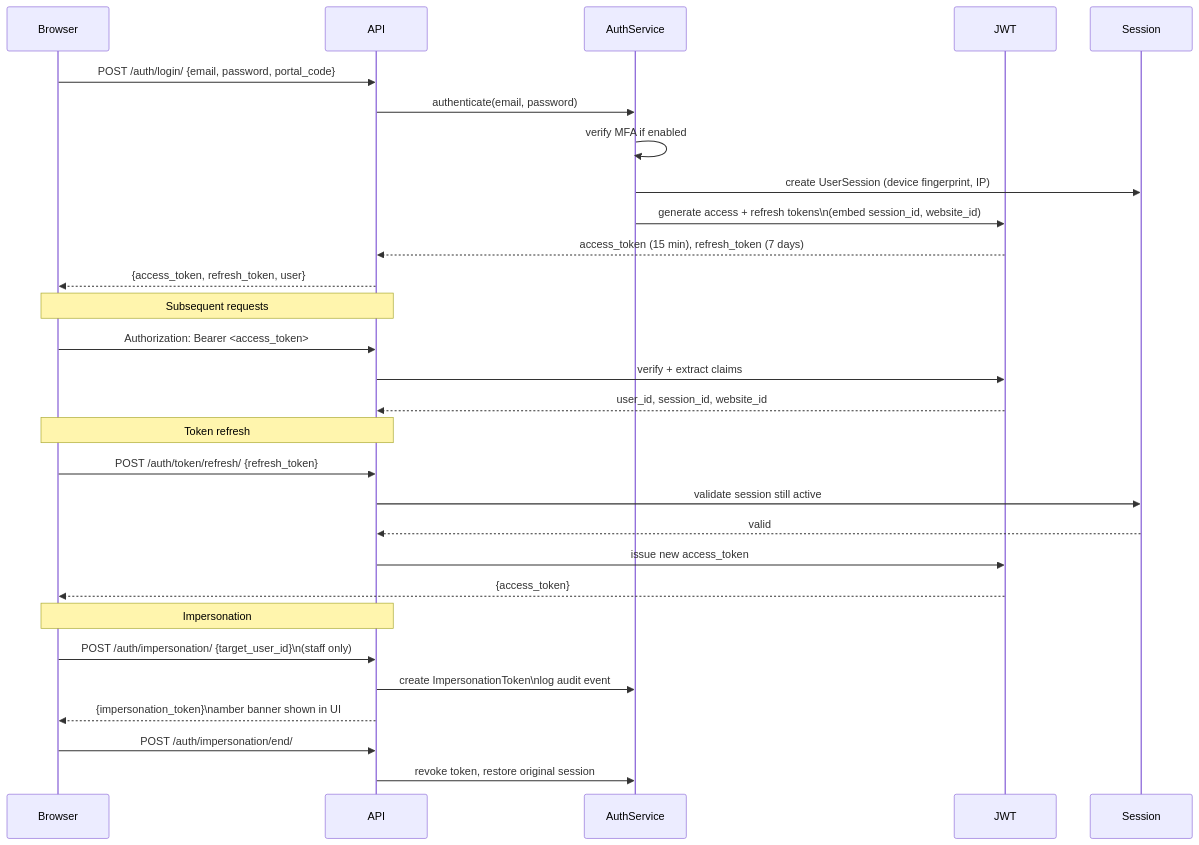
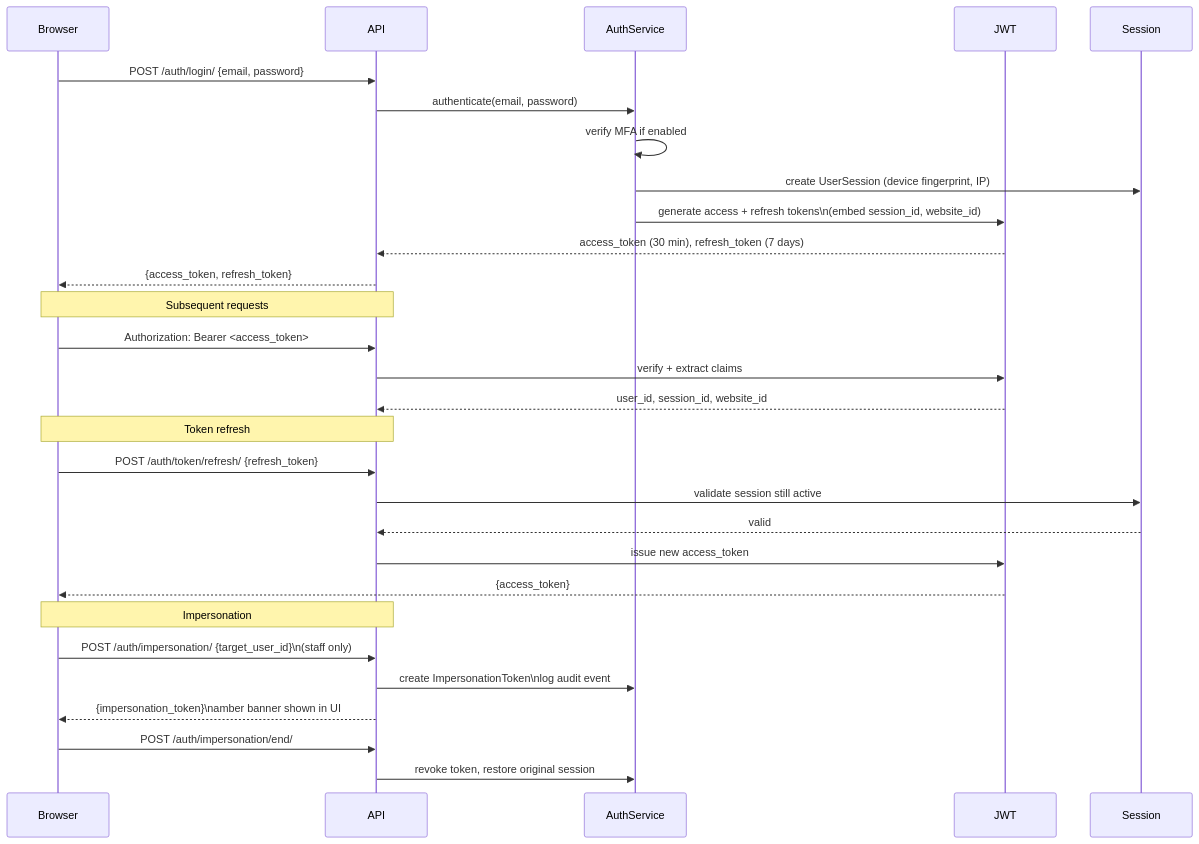
The ninth of 14 diagrams in docs/ARCHITECTURE.md (StuffMaster78/Acad-system-debug), drawn with Mermaid before and after one commit. The commit also changed other lines of this file and 6 other files, not shown here.

````diff
--- a/docs/ARCHITECTURE.md
+++ b/docs/ARCHITECTURE.md
@@ -282,35 +284,35 @@
 ```mermaid
 sequenceDiagram
     participant Browser
     participant API
     participant AuthService
     participant JWT
     participant Session
 
-    Browser->>API: POST /auth/login/ {email, password, portal_code}
+    Browser->>API: POST /auth/login/ {email, password}
     API->>AuthService: authenticate(email, password)
     AuthService->>AuthService: verify MFA if enabled
     AuthService->>Session: create UserSession (device fingerprint, IP)
     AuthService->>JWT: generate access + refresh tokens\n(embed session_id, website_id)
-    JWT-->>API: access_token (15 min), refresh_token (7 days)
-    API-->>Browser: {access_token, refresh_token, user}
+    JWT-->>API: access_token (30 min), refresh_token (7 days)
+    API-->>Browser: {access_token, refresh_token}
 
     Note over Browser,API: Subsequent requests
     Browser->>API: Authorization: Bearer <access_token>
     API->>JWT: verify + extract claims
     JWT-->>API: user_id, session_id, website_id
 
     Note over Browser,API: Token refresh
     Browser->>API: POST /auth/token/refresh/ {refresh_token}
     API->>Session: validate session still active
     Session-->>API: valid
     API->>JWT: issue new access_token
     JWT-->>Browser: {access_token}
 
     Note over Browser,API: Impersonation
     Browser->>API: POST /auth/impersonation/ {target_user_id}\n(staff only)
     API->>AuthService: create ImpersonationToken\nlog audit event
     API-->>Browser: {impersonation_token}\namber banner shown in UI
     Browser->>API: POST /auth/impersonation/end/
     API->>AuthService: revoke token, restore original session
 ```
````
